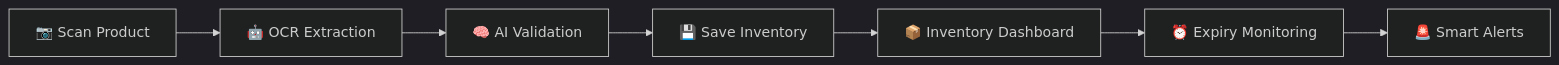
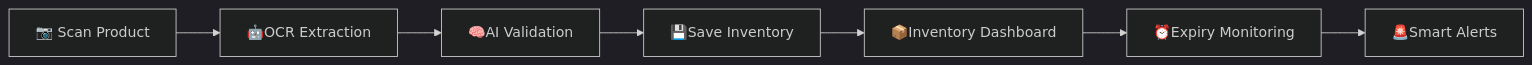
Before and after one commit to BinaryMindCore/EXPIROVA: the first of 2 diagrams in README.md, drawn with Mermaid (dark theme). The commit also changed other lines of this file, not shown here.

````diff
--- a/README.md
+++ b/README.md
@@ -95,11 +93,11 @@
 ```mermaid
 flowchart LR
 
 A[📷 Scan Product]
---> B[🤖 OCR Extraction]
---> C[🧠 AI Validation]
---> D[💾 Save Inventory]
---> E[📦 Inventory Dashboard]
---> F[⏰ Expiry Monitoring]
---> G[🚨 Smart Alerts]
+--> B[🤖OCR Extraction]
+--> C[🧠AI Validation]
+--> D[💾Save Inventory]
+--> E[📦Inventory Dashboard]
+--> F[⏰Expiry Monitoring]
+--> G[🚨Smart Alerts]
 ```
````
